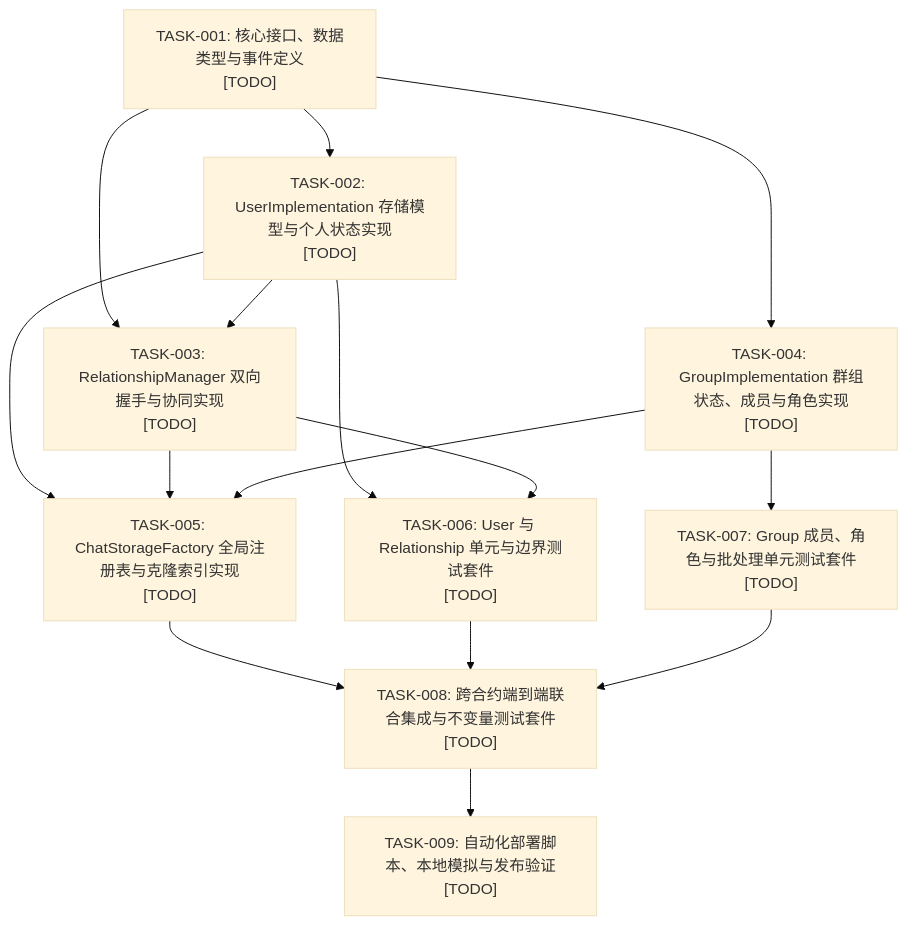
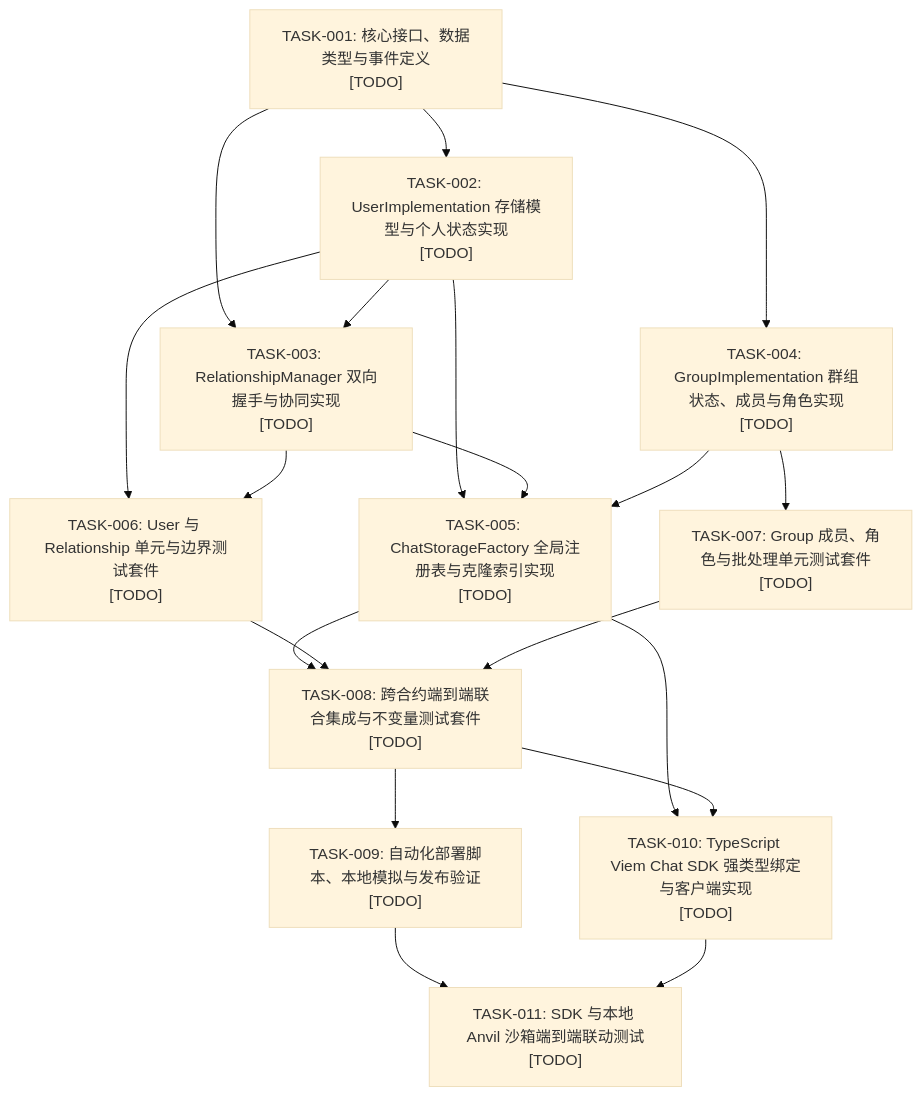
Before and after one commit to xzsean666/web3-chat-contract: the diagram in docs/AI/TASK_INDEX.md, drawn with Mermaid (base theme). The commit also changed other lines of this file and 13 other files, not shown here.

Commit message:
feat(sdk): integrate @web3-chat/sdk into monorepo and update architecture and task index

````diff
--- a/docs/AI/TASK_INDEX.md
+++ b/docs/AI/TASK_INDEX.md
@@ -9,22 +9,26 @@
 ```mermaid
 flowchart TD
     TASK001["TASK-001: 核心接口、数据类型与事件定义\n[TODO]"]
     TASK002["TASK-002: UserImplementation 存储模型与个人状态实现\n[TODO]"]
     TASK003["TASK-003: RelationshipManager 双向握手与协同实现\n[TODO]"]
     TASK004["TASK-004: GroupImplementation 群组状态、成员与角色实现\n[TODO]"]
     TASK005["TASK-005: ChatStorageFactory 全局注册表与克隆索引实现\n[TODO]"]
     TASK006["TASK-006: User 与 Relationship 单元与边界测试套件\n[TODO]"]
     TASK007["TASK-007: Group 成员、角色与批处理单元测试套件\n[TODO]"]
     TASK008["TASK-008: 跨合约端到端联合集成与不变量测试套件\n[TODO]"]
     TASK009["TASK-009: 自动化部署脚本、本地模拟与发布验证\n[TODO]"]
+    TASK010["TASK-010: TypeScript Viem Chat SDK 强类型绑定与客户端实现\n[TODO]"]
+    TASK011["TASK-011: SDK 与本地 Anvil 沙箱端到端联动测试\n[TODO]"]
 
     TASK001 --> TASK002
     TASK001 --> TASK003
     TASK002 --> TASK003
     TASK001 --> TASK004
     TASK002 & TASK003 & TASK004 --> TASK005
     TASK002 & TASK003 --> TASK006
     TASK004 --> TASK007
     TASK005 & TASK006 & TASK007 --> TASK008
     TASK008 --> TASK009
+    TASK005 & TASK008 --> TASK010
+    TASK009 & TASK010 --> TASK011
 ```
````
